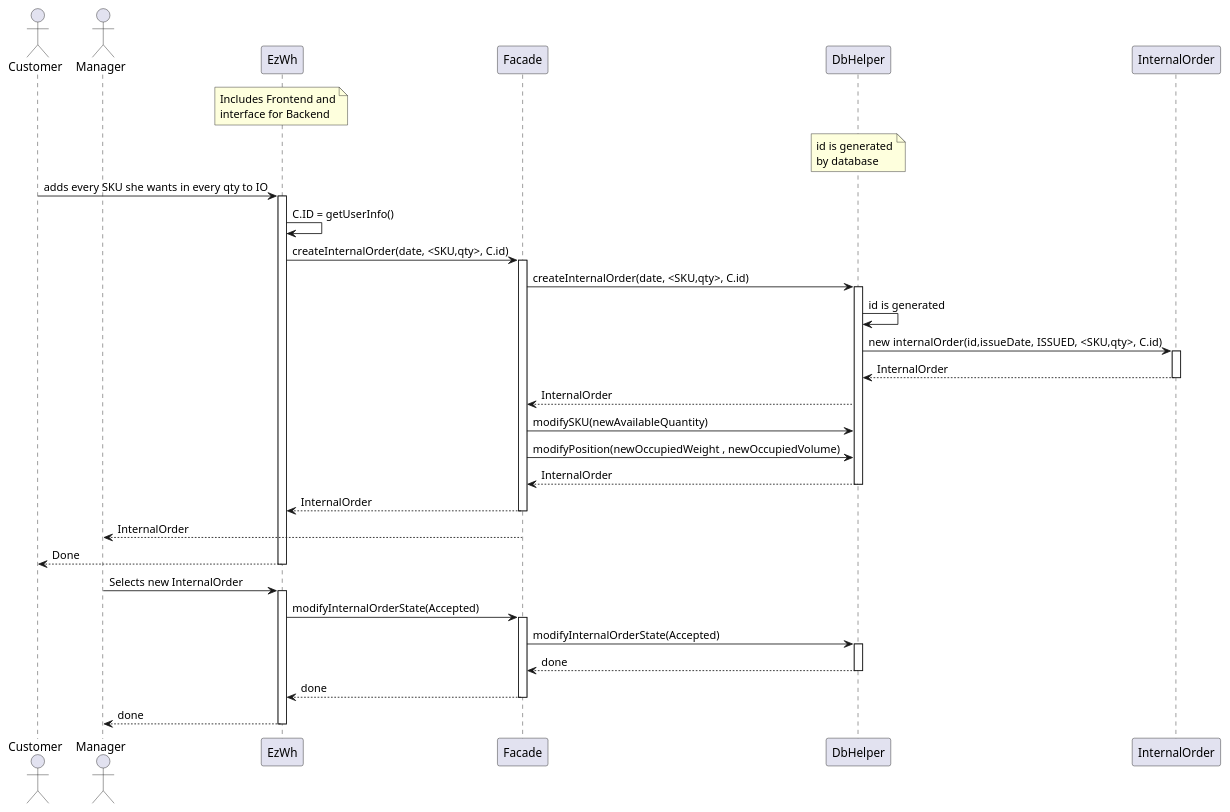
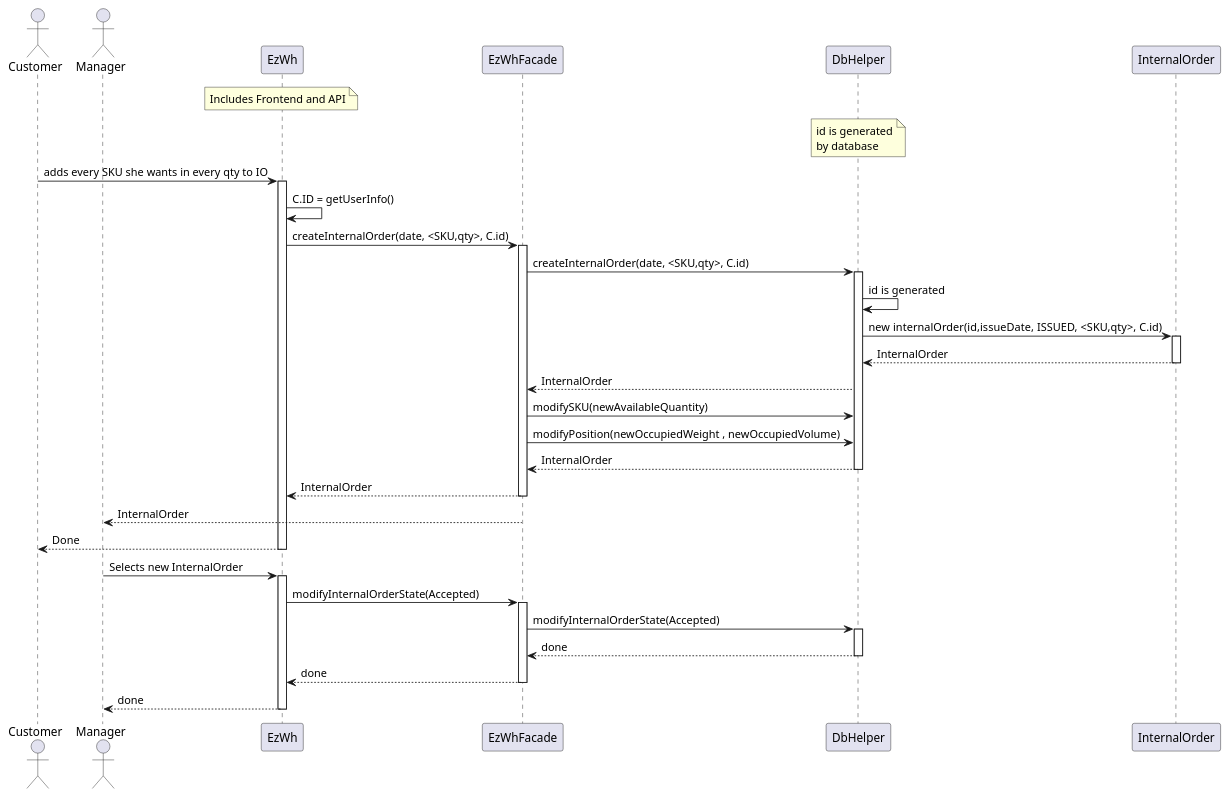
One commit to giuseppe-dandrea/EzWh changed the ninth of 12 diagrams in DesignDocument.md. Above: the diagram before and after it, drawn with PlantUML. The commit also changed other lines of this file and 1 other file, not shown here.

Commit message:
Added low_level_design_diagram.svg. Changed some terms for consistency.

````diff
--- a/DesignDocument.md
+++ b/DesignDocument.md
@@ -771,49 +775,49 @@
 ```plantuml
 actor Customer
 actor Manager
 participant EzWh
-note over EzWh: Includes Frontend and\ninterface for Backend
+note over EzWh: Includes Frontend and API
 note over DbHelper: id is generated\nby database
-participant Facade
+participant EzWhFacade
 participant DbHelper
 participant InternalOrder
 
 
 Customer -> EzWh: adds every SKU she wants in every qty to IO
 activate EzWh
 EzWh ->EzWh : C.ID = getUserInfo()
-EzWh -> Facade: createInternalOrder(date, <SKU,qty>, C.id)
-activate Facade
-Facade ->DbHelper :createInternalOrder(date, <SKU,qty>, C.id)
+EzWh -> EzWhFacade: createInternalOrder(date, <SKU,qty>, C.id)
+activate EzWhFacade
+EzWhFacade ->DbHelper :createInternalOrder(date, <SKU,qty>, C.id)
 activate DbHelper
 DbHelper -> DbHelper : id is generated
 DbHelper ->InternalOrder: new internalOrder(id,issueDate, ISSUED,  <SKU,qty>, C.id)
 activate InternalOrder
 InternalOrder-->DbHelper : InternalOrder
 deactivate InternalOrder
-DbHelper --> Facade : InternalOrder
-Facade->DbHelper : modifySKU(newAvailableQuantity)
-Facade->DbHelper :modifyPosition(newOccupiedWeight , newOccupiedVolume)
-DbHelper --> Facade : InternalOrder
+DbHelper --> EzWhFacade : InternalOrder
+EzWhFacade->DbHelper : modifySKU(newAvailableQuantity)
+EzWhFacade->DbHelper :modifyPosition(newOccupiedWeight , newOccupiedVolume)
+DbHelper --> EzWhFacade : InternalOrder
 deactivate DbHelper
-Facade -->EzWh :InternalOrder
-deactivate Facade
-Facade -->Manager :InternalOrder
+EzWhFacade -->EzWh :InternalOrder
+deactivate EzWhFacade
+EzWhFacade -->Manager :InternalOrder
 EzWh --> Customer : Done
 deactivate EzWh
 
 Manager -> EzWh: Selects new InternalOrder
 activate EzWh
-EzWh -> Facade : modifyInternalOrderState(Accepted)
-activate Facade
-Facade->DbHelper : modifyInternalOrderState(Accepted)
+EzWh -> EzWhFacade : modifyInternalOrderState(Accepted)
+activate EzWhFacade
+EzWhFacade->DbHelper : modifyInternalOrderState(Accepted)
 activate DbHelper
-DbHelper --> Facade : done
+DbHelper --> EzWhFacade : done
 deactivate DbHelper
-Facade --> EzWh : done
-deactivate Facade
+EzWhFacade --> EzWh : done
+deactivate EzWhFacade
 EzWh --> Manager : done
 deactivate EzWh
 
 
 ```
````
